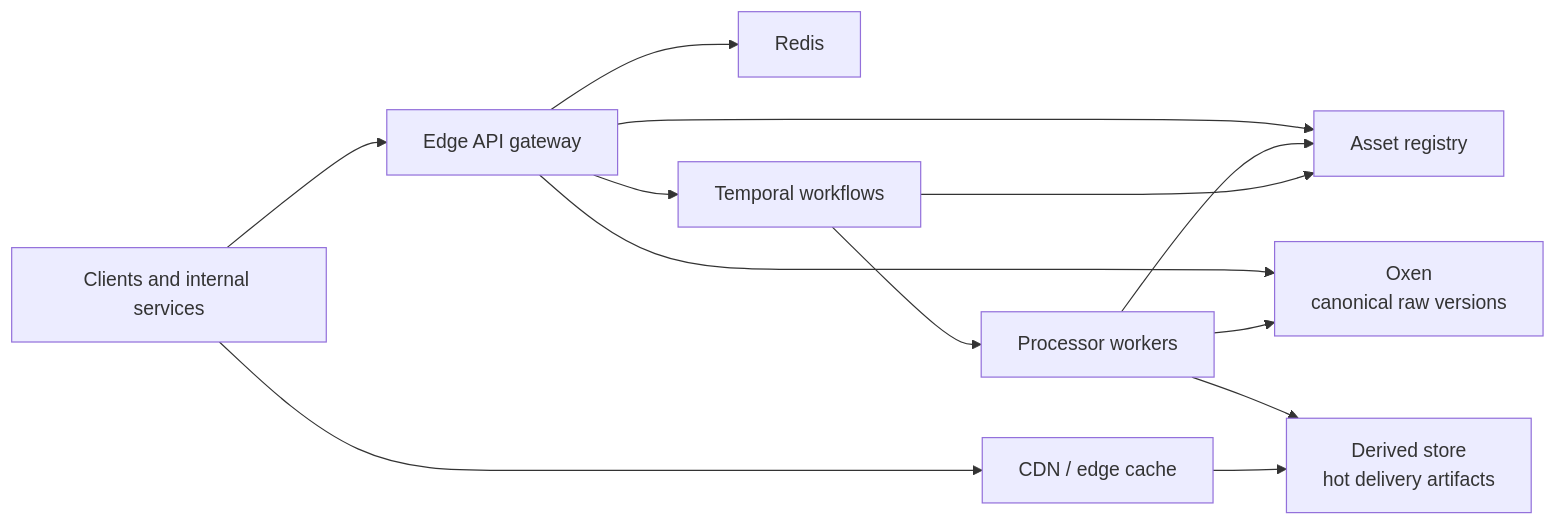
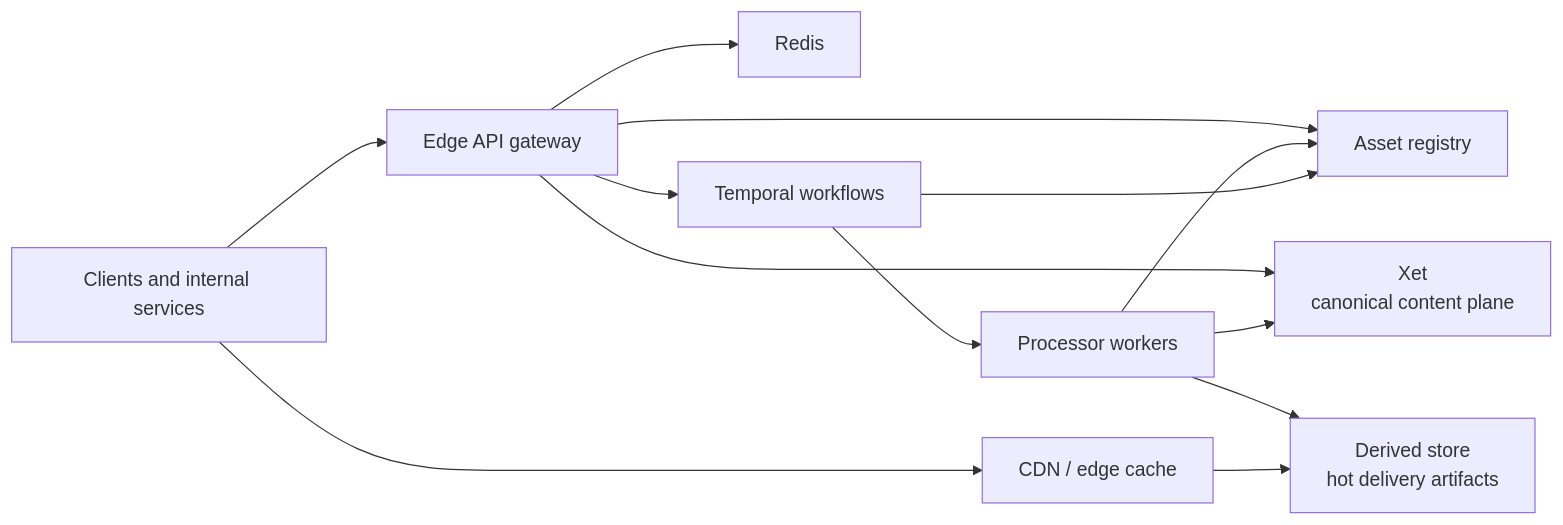
The first of 8 diagrams in docs/architecture.md (Yeusepe/cdngine), drawn with Mermaid before and after one commit. The commit also changed other lines of this file and 30 other files, not shown here.

First line of the commit message:
Adopt Xet as canonical content plane

````diff
--- a/docs/architecture.md
+++ b/docs/architecture.md
@@ -142,15 +144,15 @@
 ```mermaid
 flowchart LR
     Clients["Clients and internal services"] --> Gateway["Edge API gateway"]
     Gateway --> Registry["Asset registry"]
-    Gateway --> Oxen["Oxen\ncanonical raw versions"]
+    Gateway --> Xet["Xet\ncanonical content plane"]
     Gateway --> Redis["Redis"]
     Gateway --> Temporal["Temporal workflows"]
     Temporal --> Workers["Processor workers"]
-    Workers --> Oxen
+    Workers --> Xet
     Workers --> Derived["Derived store\nhot delivery artifacts"]
     Workers --> Registry
     Temporal --> Registry
     CDN["CDN / edge cache"] --> Derived
     Clients --> CDN
 ```
````
